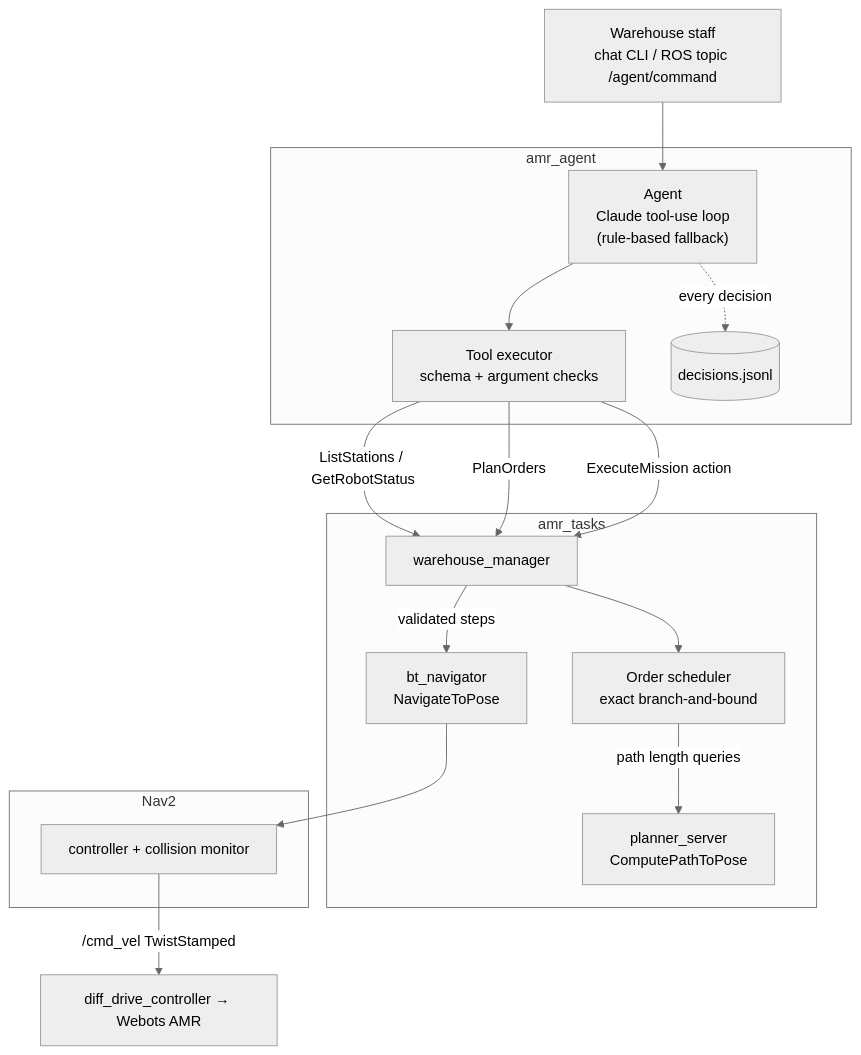
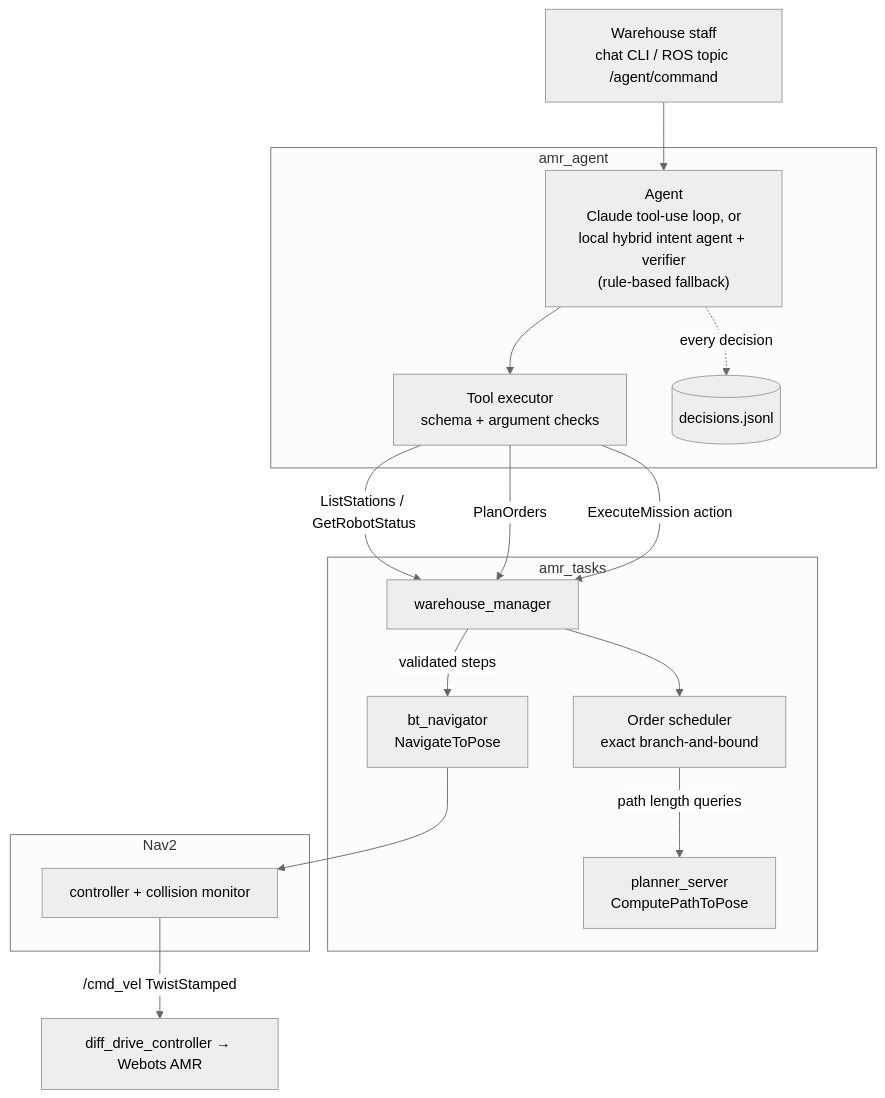
One commit to Rishabh-Kothari-tech/warehouse-amr-ros2 changed the diagram in docs/agentic_layer.md. Above: the diagram before and after it, drawn with Mermaid (neutral theme). The commit also changed other lines of this file and 11 other files, not shown here.

First line of the commit message:
Run the agent on-device: local hybrid intent agent with a grounding verifier

````diff
--- a/docs/agentic_layer.md
+++ b/docs/agentic_layer.md
@@ -8,21 +9,21 @@
 ```mermaid
 flowchart TB
     U["Warehouse staff<br/>chat CLI / ROS topic /agent/command"] --> A
     subgraph amr_agent
-        A["Agent<br/>Claude tool-use loop<br/>(rule-based fallback)"] --> T["Tool executor<br/>schema + argument checks"]
+        A["Agent<br/>Claude tool-use loop, or<br/>local hybrid intent agent + verifier<br/>(rule-based fallback)"] --> T["Tool executor<br/>schema + argument checks"]
         A -. every decision .-> L[("decisions.jsonl")]
     end
     subgraph amr_tasks
         T -->|ListStations / GetRobotStatus| W["warehouse_manager"]
         T -->|PlanOrders| W
         T -->|ExecuteMission action| W
         W --> S["Order scheduler<br/>exact branch-and-bound"]
         S -->|path length queries| P
         W -->|validated steps| N
     end
     subgraph Nav2
         P["planner_server<br/>ComputePathToPose"]
         N["bt_navigator<br/>NavigateToPose"] --> C["controller + collision monitor"]
     end
     C -->|/cmd_vel TwistStamped| R["diff_drive_controller → Webots AMR"]
 ```
````
